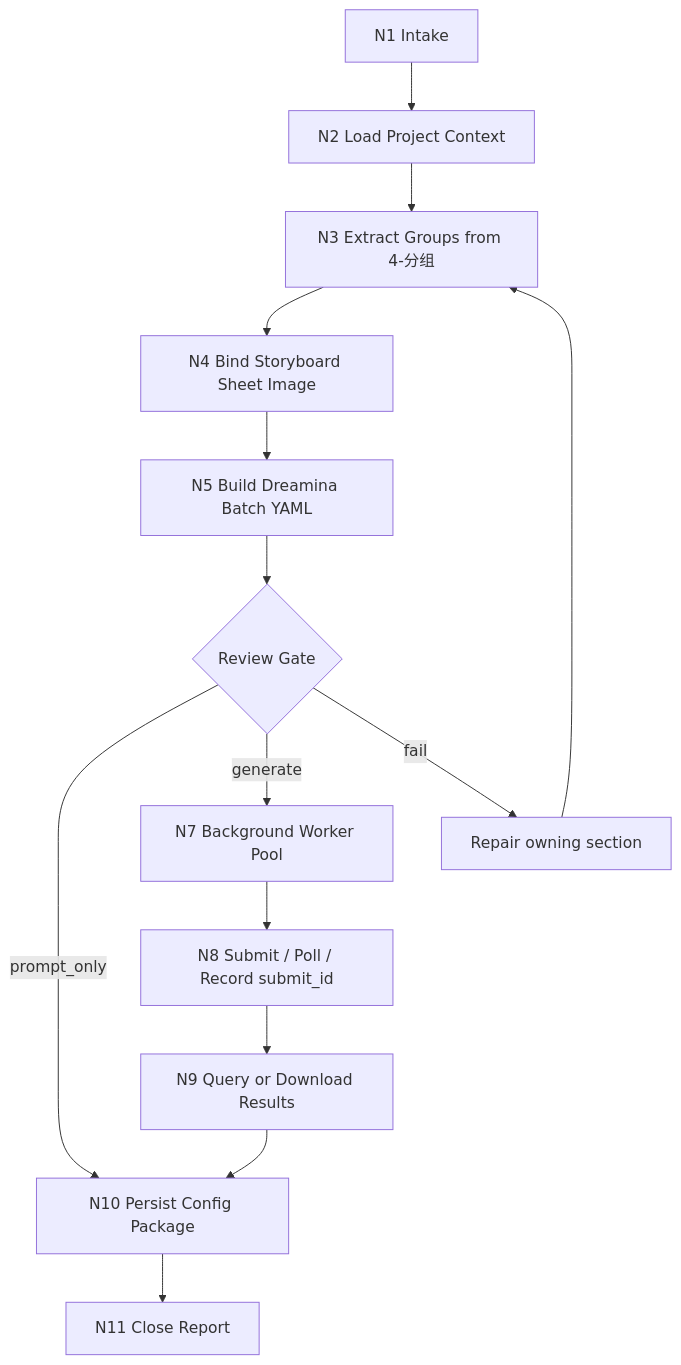
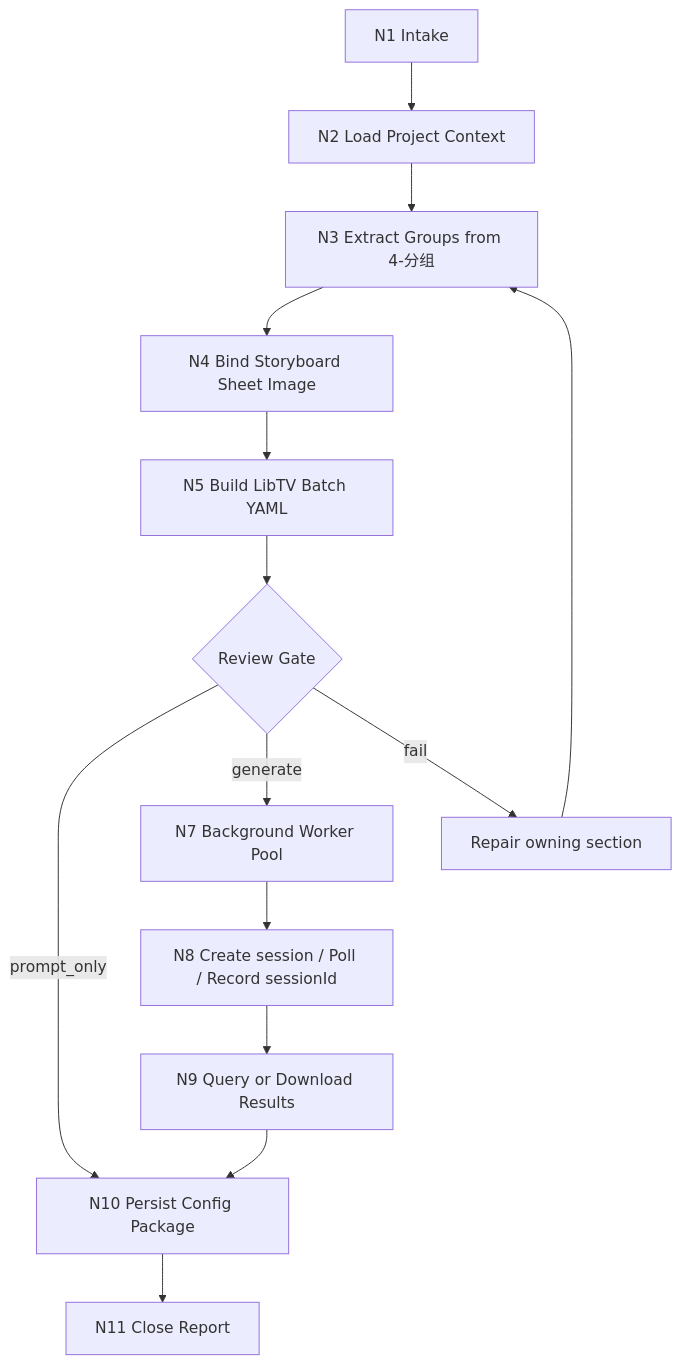
The first of 2 diagrams in .agents/skills/aigc/7-视频/B-分镜故事板参照/steps/storyboard-video-workflow.md (ZEN-VOID/AI-CUT), drawn with Mermaid before and after one commit. The commit also changed other lines of this file and 173 other files, not shown here.

````diff
--- a/.agents/skills/aigc/7-视频/B-分镜故事板参照/steps/storyboard-video-workflow.md
+++ b/.agents/skills/aigc/7-视频/B-分镜故事板参照/steps/storyboard-video-workflow.md
@@ -7,16 +7,16 @@
 ```mermaid
 flowchart TD
     N1["N1 Intake"] --> N2["N2 Load Project Context"]
     N2 --> N3["N3 Extract Groups from 4-分组"]
     N3 --> N4["N4 Bind Storyboard Sheet Image"]
-    N4 --> N5["N5 Build Dreamina Batch YAML"]
+    N4 --> N5["N5 Build LibTV Batch YAML"]
     N5 --> N6{"Review Gate"}
     N6 -->|"prompt_only"| N10["N10 Persist Config Package"]
     N6 -->|"generate"| N7["N7 Background Worker Pool"]
-    N7 --> N8["N8 Submit / Poll / Record submit_id"]
+    N7 --> N8["N8 Create session / Poll / Record sessionId"]
     N8 --> N9["N9 Query or Download Results"]
     N9 --> N10
     N6 -->|"fail"| R["Repair owning section"]
     R --> N3
     N10 --> N11["N11 Close Report"]
 ```
````
